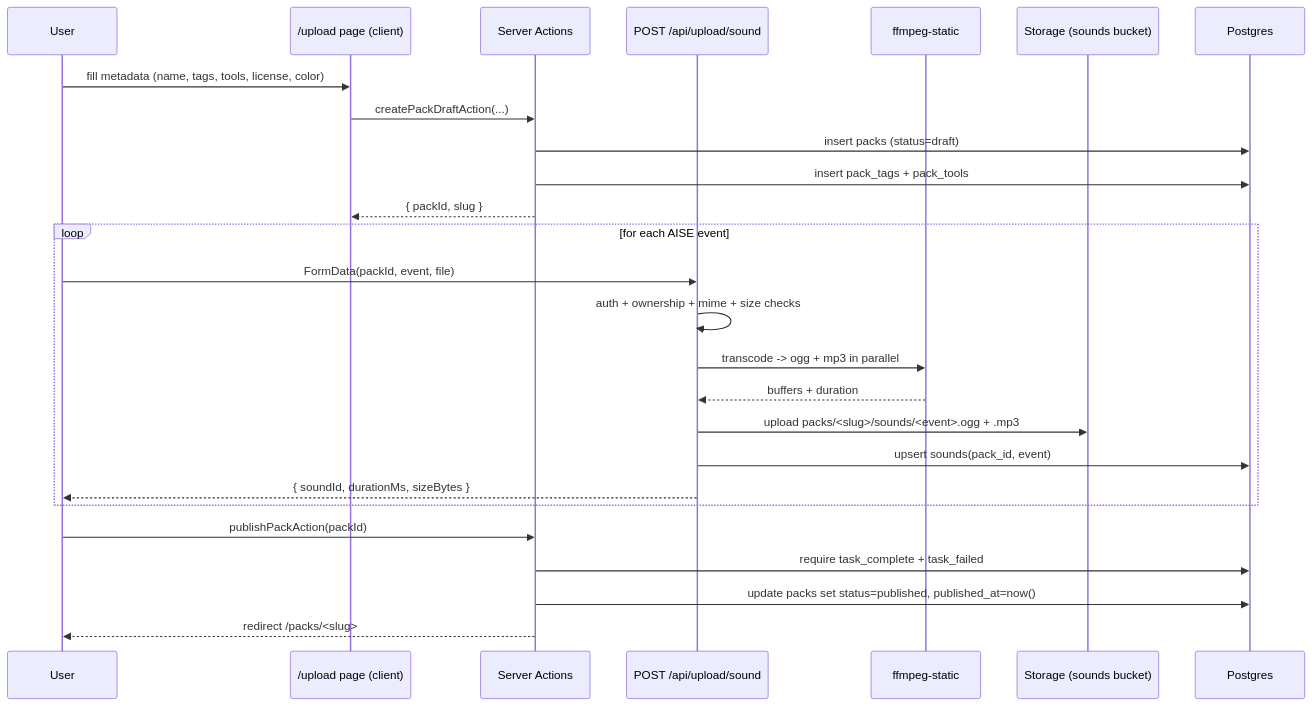
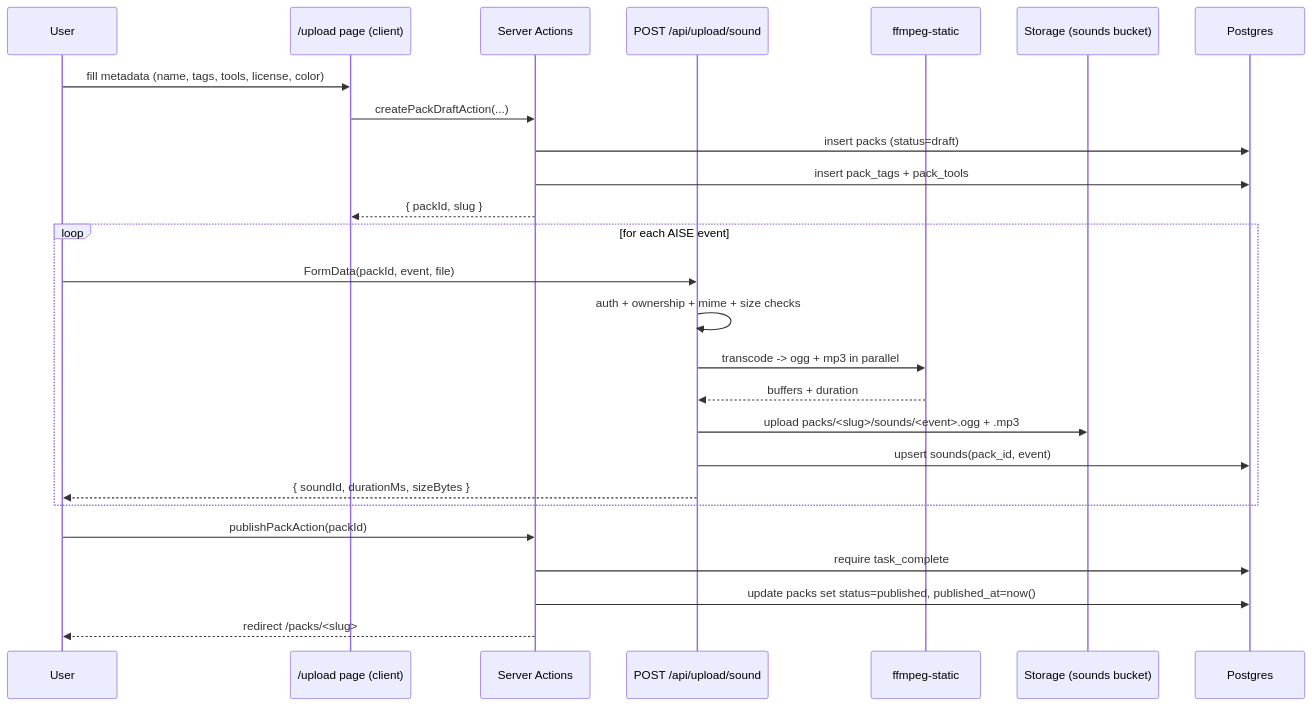
Before and after one commit to luisreysan/aisounds: the diagram in docs/upload-flow.md, drawn with Mermaid. The commit also changed other lines of this file and 18 other files, not shown here.

````diff
--- a/docs/upload-flow.md
+++ b/docs/upload-flow.md
@@ -9,31 +9,31 @@
 ```mermaid
 sequenceDiagram
     participant U as User
     participant P as /upload page (client)
     participant SA as Server Actions
     participant API as POST /api/upload/sound
     participant FF as ffmpeg-static
     participant ST as Storage (sounds bucket)
     participant DB as Postgres
 
     U->>P: fill metadata (name, tags, tools, license, color)
     P->>SA: createPackDraftAction(...)
     SA->>DB: insert packs (status=draft)
     SA->>DB: insert pack_tags + pack_tools
     SA-->>P: { packId, slug }
 
     loop for each AISE event
       U->>API: FormData(packId, event, file)
       API->>API: auth + ownership + mime + size checks
       API->>FF: transcode -> ogg + mp3 in parallel
       FF-->>API: buffers + duration
       API->>ST: upload packs/<slug>/sounds/<event>.ogg + .mp3
       API->>DB: upsert sounds(pack_id, event)
       API-->>U: { soundId, durationMs, sizeBytes }
     end
 
     U->>SA: publishPackAction(packId)
-    SA->>DB: require task_complete + task_failed
+    SA->>DB: require task_complete
     SA->>DB: update packs set status=published, published_at=now()
     SA-->>U: redirect /packs/<slug>
 ```
````
